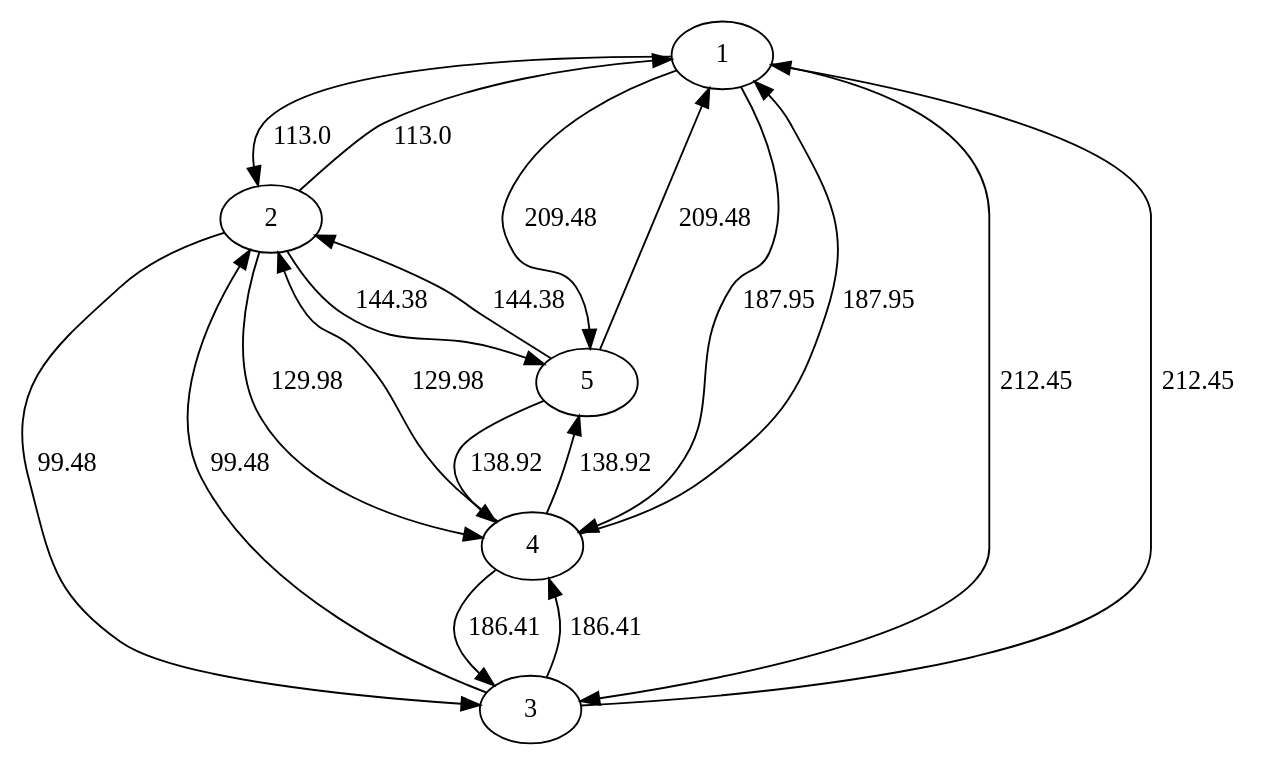
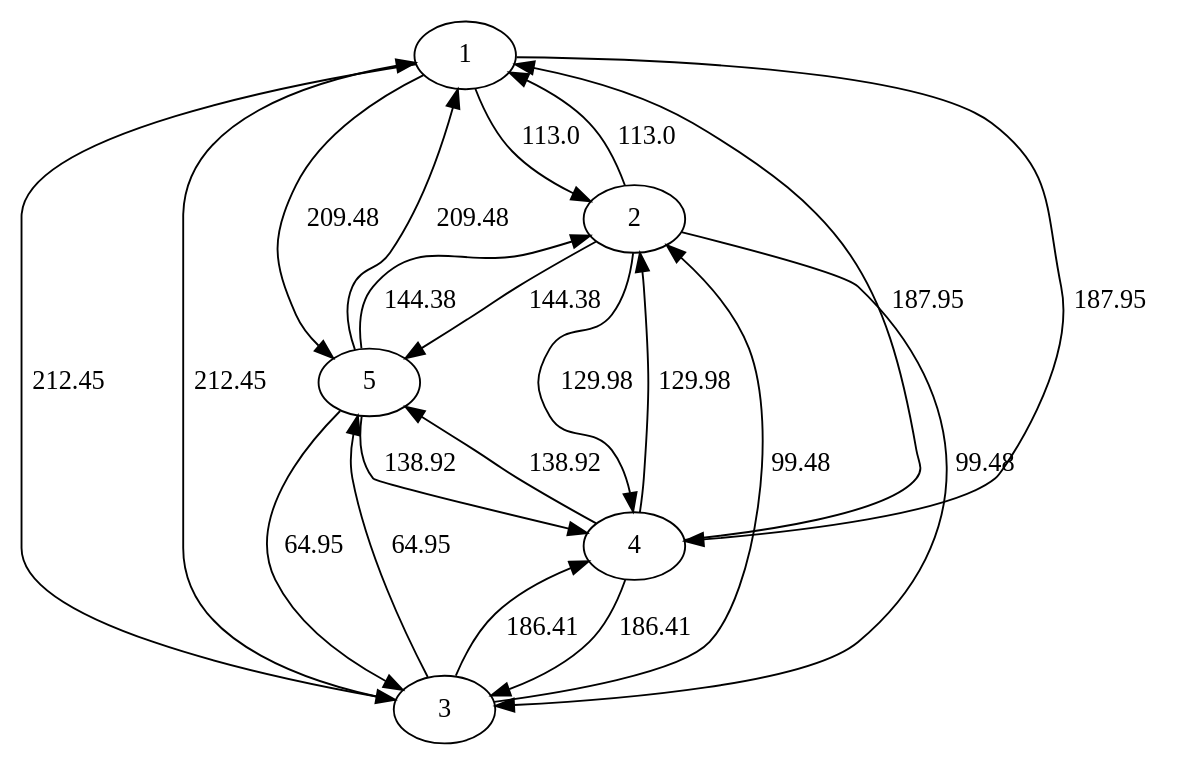
The diagram in PublicTestCases/az.mtx.dot (Spr19CS210/PA5-GraphAlg), drawn with Graphviz before and after one commit. The commit also changed 14 other files, not shown here.

```diff
--- a/PublicTestCases/az.mtx.dot
+++ b/PublicTestCases/az.mtx.dot
@@ -1,20 +1,22 @@
 digraph {
 1 -> 2 [label="113.0"];
 1 -> 3 [label="212.45"];
 1 -> 4 [label="187.95"];
 1 -> 5 [label="209.48"];
 2 -> 1 [label="113.0"];
 2 -> 3 [label="99.48"];
 2 -> 4 [label="129.98"];
 2 -> 5 [label="144.38"];
 3 -> 1 [label="212.45"];
 3 -> 2 [label="99.48"];
 3 -> 4 [label="186.41"];
+3 -> 5 [label="64.95"];
 4 -> 1 [label="187.95"];
 4 -> 2 [label="129.98"];
 4 -> 3 [label="186.41"];
 4 -> 5 [label="138.92"];
 5 -> 1 [label="209.48"];
 5 -> 2 [label="144.38"];
+5 -> 3 [label="64.95"];
 5 -> 4 [label="138.92"];
 }
```
